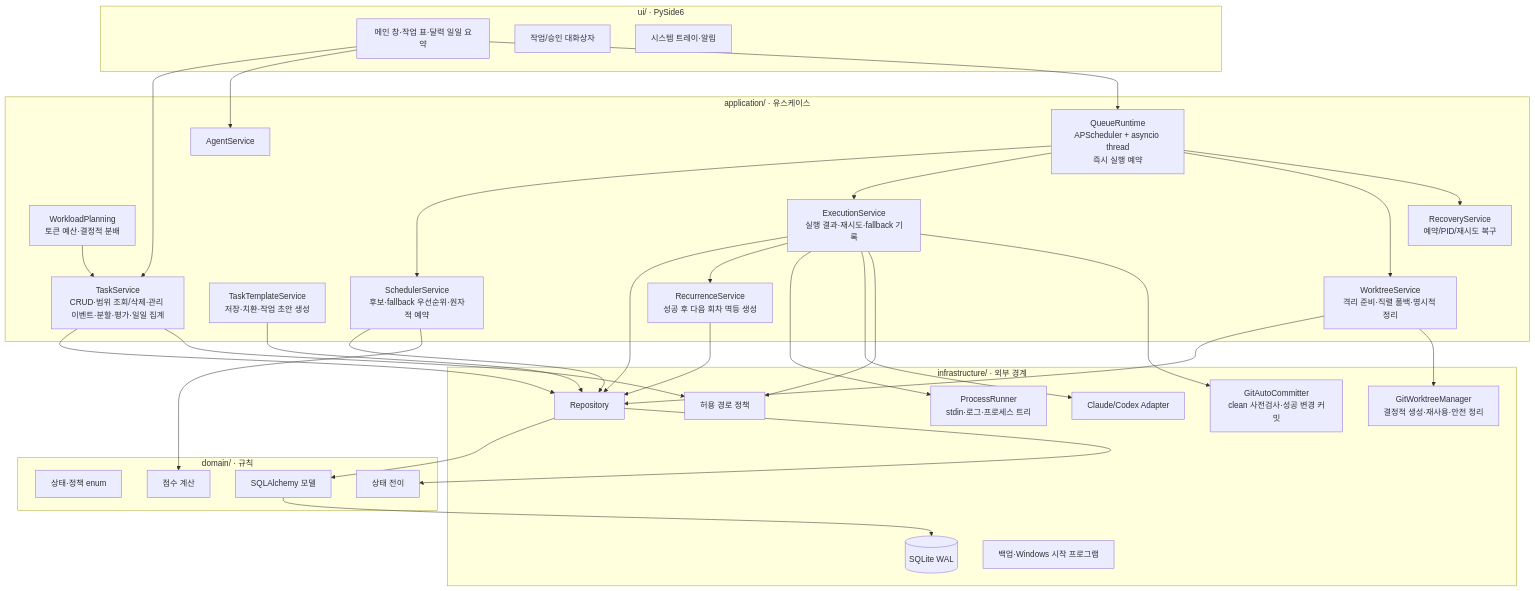
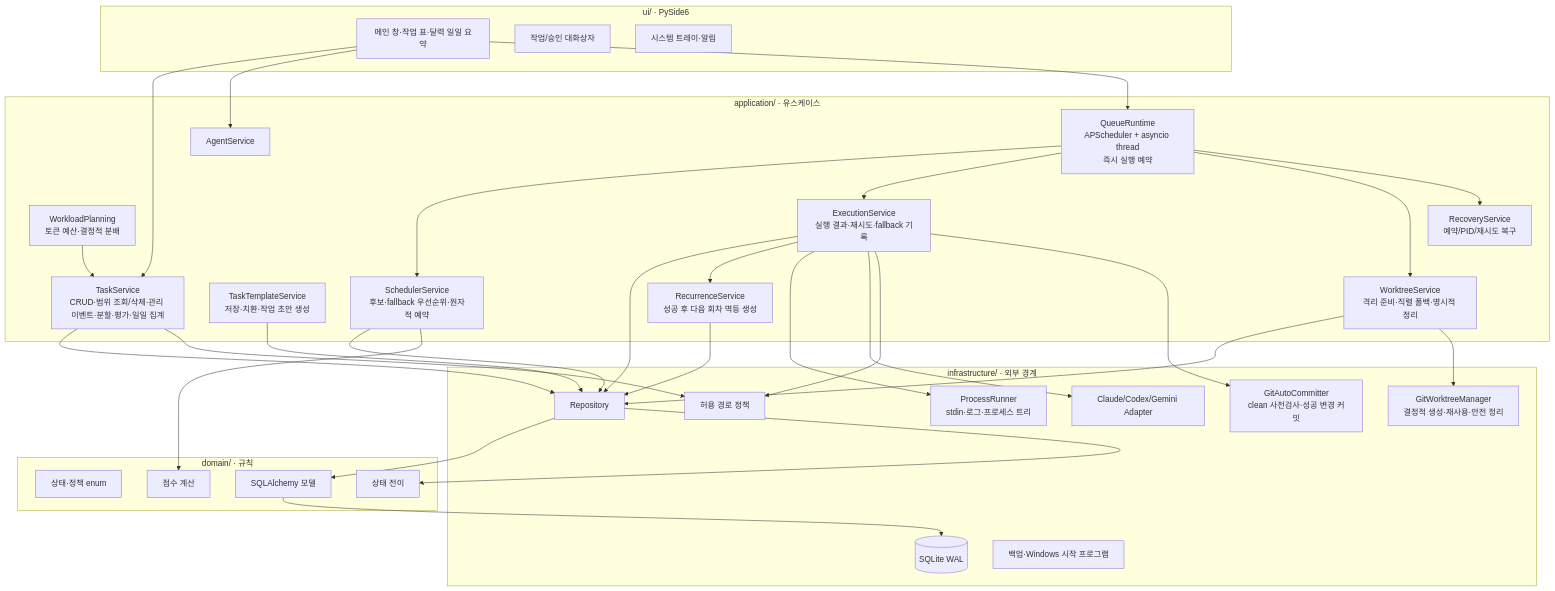
Before and after one commit to jasonwpgml/AQR: the first of 4 diagrams in ai-queue-runner/docs/ARCHITECTURE.md, drawn with Mermaid. The commit also changed other lines of this file and 35 other files, not shown here.

First line of the commit message:
feat: Gemini CLI adapter and third-agent generalization (T043)

````diff
--- a/ai-queue-runner/docs/ARCHITECTURE.md
+++ b/ai-queue-runner/docs/ARCHITECTURE.md
@@ -7,63 +7,63 @@
 ```mermaid
 flowchart TB
     subgraph UI["ui/ · PySide6"]
         MW[메인 창·작업 표·달력 일일 요약]
         DLG[작업/승인 대화상자]
         TRAY[시스템 트레이·알림]
     end
 
     subgraph APP["application/ · 유스케이스"]
         TASK[TaskService\nCRUD·범위 조회/삭제·관리 이벤트·분할·평가·일일 집계]
         TEMPLATE[TaskTemplateService\n저장·치환·작업 초안 생성]
         PLAN[WorkloadPlanning\n토큰 예산·결정적 분배]
         AGENT[AgentService]
         RUNTIME[QueueRuntime\nAPScheduler + asyncio thread\n즉시 실행 예약]
         SCHED[SchedulerService\n후보·fallback 우선순위·원자적 예약]
         EXEC[ExecutionService\n실행 결과·재시도·fallback 기록]
         WORKTREE[WorktreeService\n격리 준비·직렬 폴백·명시적 정리]
         RECUR[RecurrenceService\n성공 후 다음 회차 멱등 생성]
         RECOV[RecoveryService\n예약/PID/재시도 복구]
     end
 
     subgraph DOMAIN["domain/ · 규칙"]
         ENUM[상태·정책 enum]
         TRANS[상태 전이]
         SCORE[점수 계산]
         MODEL[SQLAlchemy 모델]
     end
 
     subgraph INFRA["infrastructure/ · 외부 경계"]
         REPO[Repository]
         DB[(SQLite WAL)]
         PROC[ProcessRunner\nstdin·로그·프로세스 트리]
-        ADAPTER[Claude/Codex Adapter]
+        ADAPTER[Claude/Codex/Gemini Adapter]
         POLICY[허용 경로 정책]
         GIT[GitWorktreeManager\n결정적 생성·재사용·안전 정리]
         GITCOMMIT[GitAutoCommitter\nclean 사전검사·성공 변경 커밋]
         OPS[백업·Windows 시작 프로그램]
     end
 
     MW --> TASK
     MW --> AGENT
     MW --> RUNTIME
     RUNTIME --> SCHED
     RUNTIME --> EXEC
     RUNTIME --> WORKTREE
     RUNTIME --> RECOV
     SCHED --> REPO
     SCHED --> SCORE
     EXEC --> REPO
     EXEC --> RECUR --> REPO
     EXEC --> PROC
     EXEC --> ADAPTER
     EXEC --> POLICY
     EXEC --> GITCOMMIT
     WORKTREE --> REPO
     WORKTREE --> GIT
     TASK --> REPO
     TEMPLATE --> REPO
     PLAN --> TASK
     TASK --> POLICY
     REPO --> MODEL --> DB
     REPO --> TRANS
 ```
````
